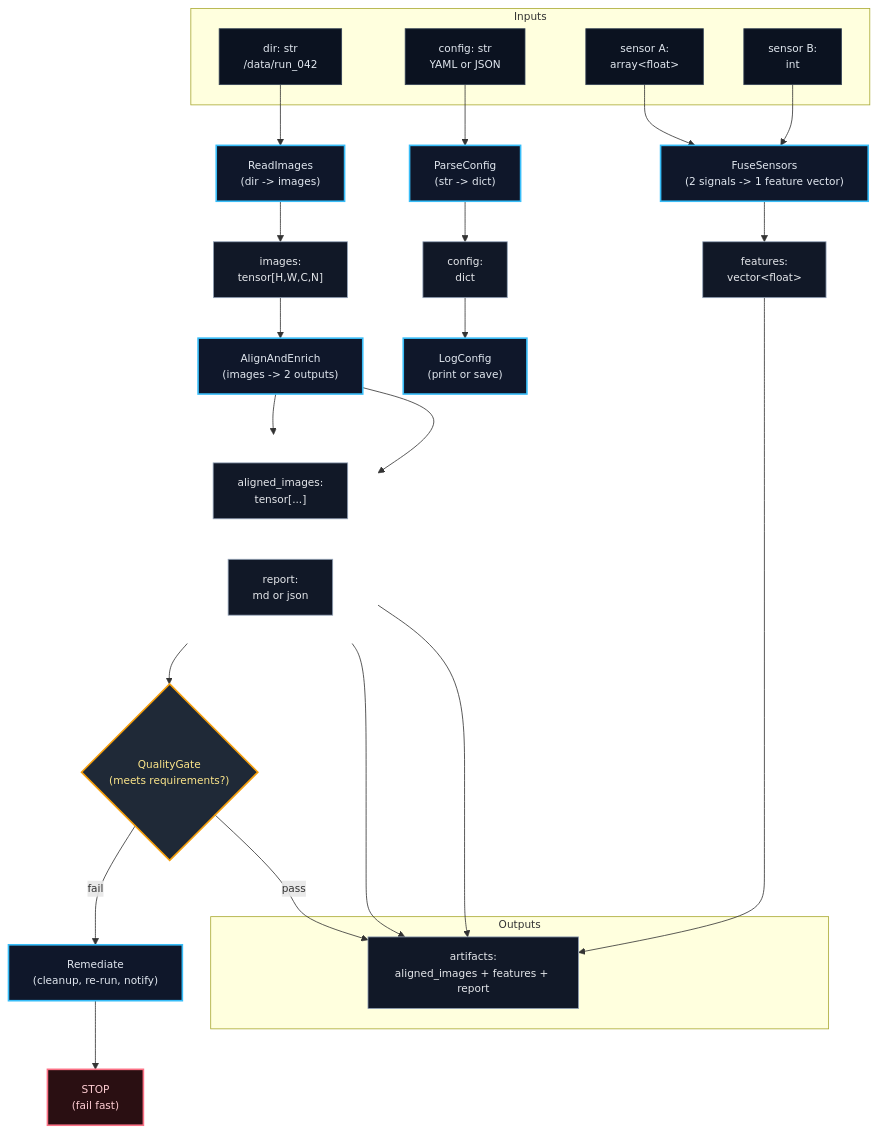
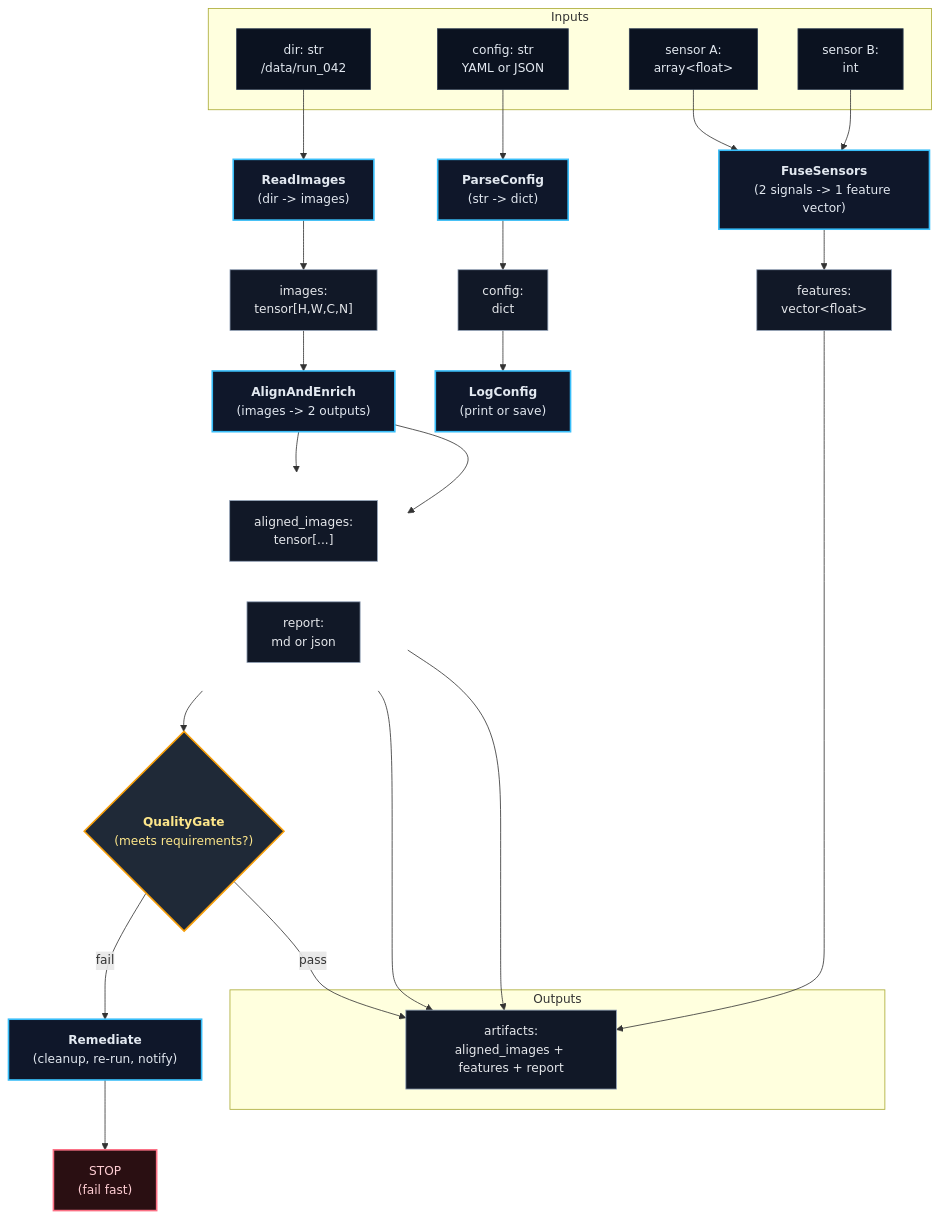
One commit to Andrew-XQY/XFlow changed the diagram in README.md. Above: the diagram before and after it, drawn with Mermaid.

````diff
--- a/README.md
+++ b/README.md
@@ -41,70 +41,70 @@
 ```mermaid
-%%{init: {"themeVariables": {"fontSize": "13px"}, "flowchart": {"htmlLabels": true}}}%%
+%%{init: {"themeVariables": {"fontSize": "15px"}, "flowchart": {"htmlLabels": true}}}%%
 flowchart TD
   classDef src fill:#0b1220,stroke:#334155,stroke-width:1px,color:#e2e8f0;
   classDef op fill:#0f172a,stroke:#38bdf8,stroke-width:2px,color:#e2e8f0;
   classDef io fill:#111827,stroke:#94a3b8,stroke-width:1px,color:#e5e7eb;
   classDef gate fill:#1f2937,stroke:#f59e0b,stroke-width:2px,color:#fde68a;
   classDef stop fill:#2a0f12,stroke:#fb7185,stroke-width:2px,color:#fecdd3;
 
   subgraph Inputs["Inputs"]
     DIR["dir: str<br/>/data/run_042"]:::src
     CFG["config: str<br/>YAML or JSON"]:::src
     A1["sensor A:<br/>array&lt;float&gt;"]:::src
     A2["sensor B:<br/>int"]:::src
   end
 
-  READ["ReadImages<br/>(dir -> images)"]:::op
-  PARSE["ParseConfig<br/>(str -> dict)"]:::op
+  READ["<b>ReadImages</b><br/>(dir -> images)"]:::op
+  PARSE["<b>ParseConfig</b><br/>(str -> dict)"]:::op
 
   DIR --> READ
   CFG --> PARSE
 
   IMGS["images:<br/>tensor[H,W,C,N]"]:::io
   CONF["config:<br/>dict"]:::io
 
   READ --> IMGS
   PARSE --> CONF
 
-  LOG["LogConfig<br/>(print or save)"]:::op
+  LOG["<b>LogConfig</b><br/>(print or save)"]:::op
   CONF --> LOG
 
-  JOIN["AlignAndEnrich<br/>(images -> 2 outputs)"]:::op
+  JOIN["<b>AlignAndEnrich</b><br/>(images -> 2 outputs)"]:::op
   IMGS --> JOIN
 
   subgraph JOIN_OUT[" "]
     direction LR
     ALN["aligned_images:<br/>tensor[...]"]:::io
     REP["report:<br/>md or json"]:::io
   end
   style JOIN_OUT fill:transparent,stroke:transparent
 
   JOIN --> ALN
   JOIN --> REP
 
-  FUSE["FuseSensors<br/>(2 signals -> 1 feature vector)"]:::op
+  FUSE["<b>FuseSensors</b><br/>(2 signals -> 1 feature vector)"]:::op
   A1 --> FUSE
   A2 --> FUSE
 
   FEAT["features:<br/>vector&lt;float&gt;"]:::io
   FUSE --> FEAT
 
-  GATE{"QualityGate<br/>(meets requirements?)"}:::gate
+  GATE{"<b>QualityGate</b><br/>(meets requirements?)"}:::gate
   ALN --> GATE
 
-  FIX["Remediate<br/>(cleanup, re-run, notify)"]:::op
+  FIX["<b>Remediate</b><br/>(cleanup, re-run, notify)"]:::op
   STOP["STOP<br/>(fail fast)"]:::stop
 
   GATE -->|fail| FIX
   FIX --> STOP
 
   subgraph Outputs["Outputs"]
     OUT["artifacts:<br/>aligned_images + features + report"]:::io
   end
 
   ALN --> OUT
   FEAT --> OUT
   REP --> OUT
 
   GATE -->|pass| OUT
 ```
````
